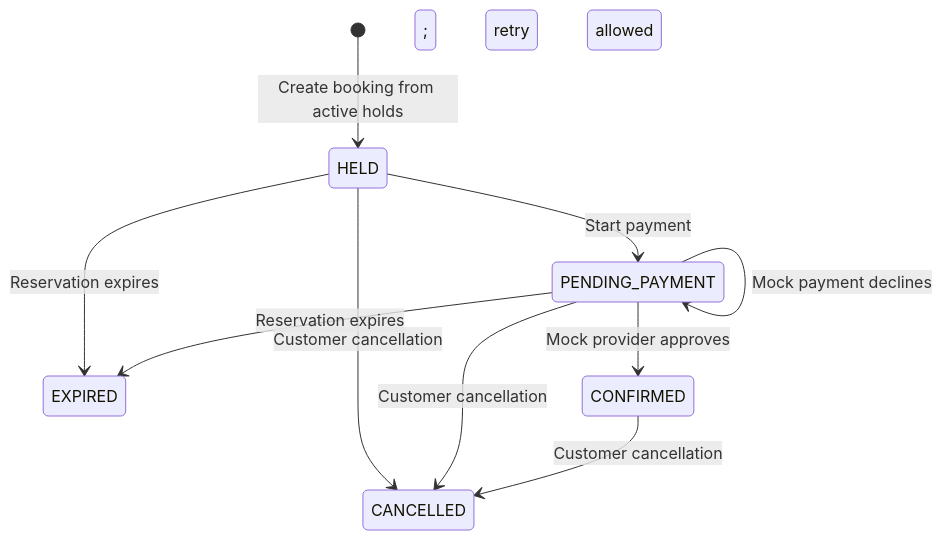
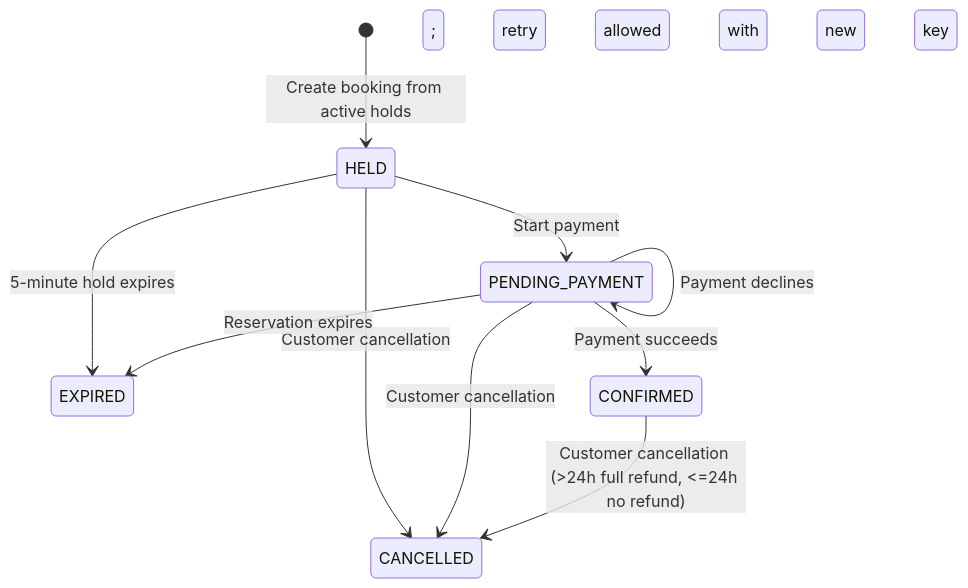
The second of 2 diagrams in ARCHITECTURE.md (FahadIbnaTuhin/ticketflow), drawn with Mermaid before and after one commit. The commit also changed other lines of this file and 40 other files, not shown here.

````diff
--- a/ARCHITECTURE.md
+++ b/ARCHITECTURE.md
@@ -103,12 +49,12 @@
-```mermaid
-stateDiagram-v2
-    [*] --> HELD: Create booking from active holds
-    HELD --> PENDING_PAYMENT: Start payment
-    HELD --> EXPIRED: Reservation expires
-    HELD --> CANCELLED: Customer cancellation
-    PENDING_PAYMENT --> CONFIRMED: Mock provider approves
-    PENDING_PAYMENT --> EXPIRED: Reservation expires
-    PENDING_PAYMENT --> CANCELLED: Customer cancellation
-    CONFIRMED --> CANCELLED: Customer cancellation
-    PENDING_PAYMENT --> PENDING_PAYMENT: Mock payment declines; retry allowed
-```
+  ```mermaid
+  stateDiagram-v2
+      [*] --> HELD: Create booking from active holds
+      HELD --> PENDING_PAYMENT: Start payment
+      HELD --> EXPIRED: 5-minute hold expires
+      HELD --> CANCELLED: Customer cancellation
+      PENDING_PAYMENT --> CONFIRMED: Payment succeeds
+      PENDING_PAYMENT --> EXPIRED: Reservation expires
+      PENDING_PAYMENT --> CANCELLED: Customer cancellation
+      CONFIRMED --> CANCELLED: Customer cancellation (>24h full refund, <=24h no refund)
+      PENDING_PAYMENT --> PENDING_PAYMENT: Payment declines; retry allowed with new key
+  ```
````
